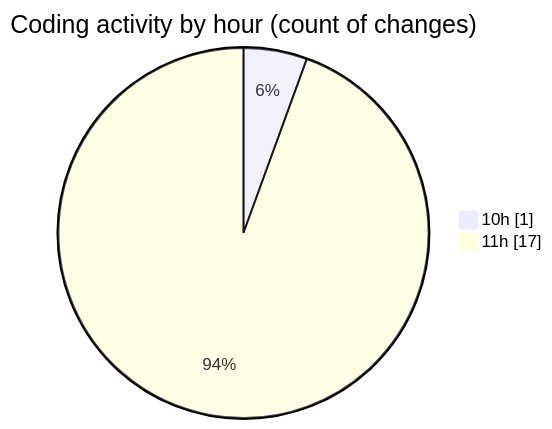
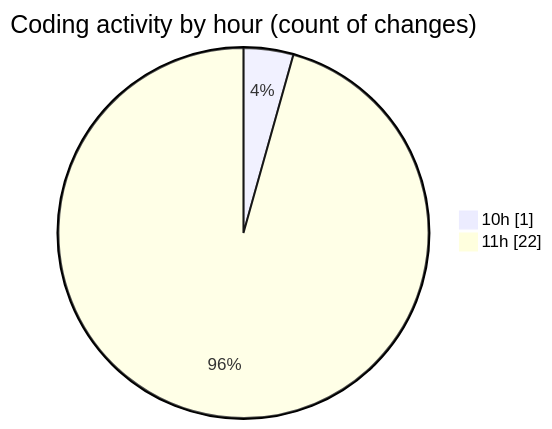
Before and after one commit to debugP/code-tracking: the second of 2 diagrams in 2025-10-03/untitled__workspace_/README.md, drawn with Mermaid. The commit also changed other lines of this file and 1 other file, not shown here.

````diff
--- a/2025-10-03/untitled__workspace_/README.md
+++ b/2025-10-03/untitled__workspace_/README.md
@@ -28,6 +28,6 @@
 ```mermaid
 pie showData
 title Coding activity by hour (count of changes)
 "10h" : 1
-"11h" : 17
+"11h" : 22
 ```
````
